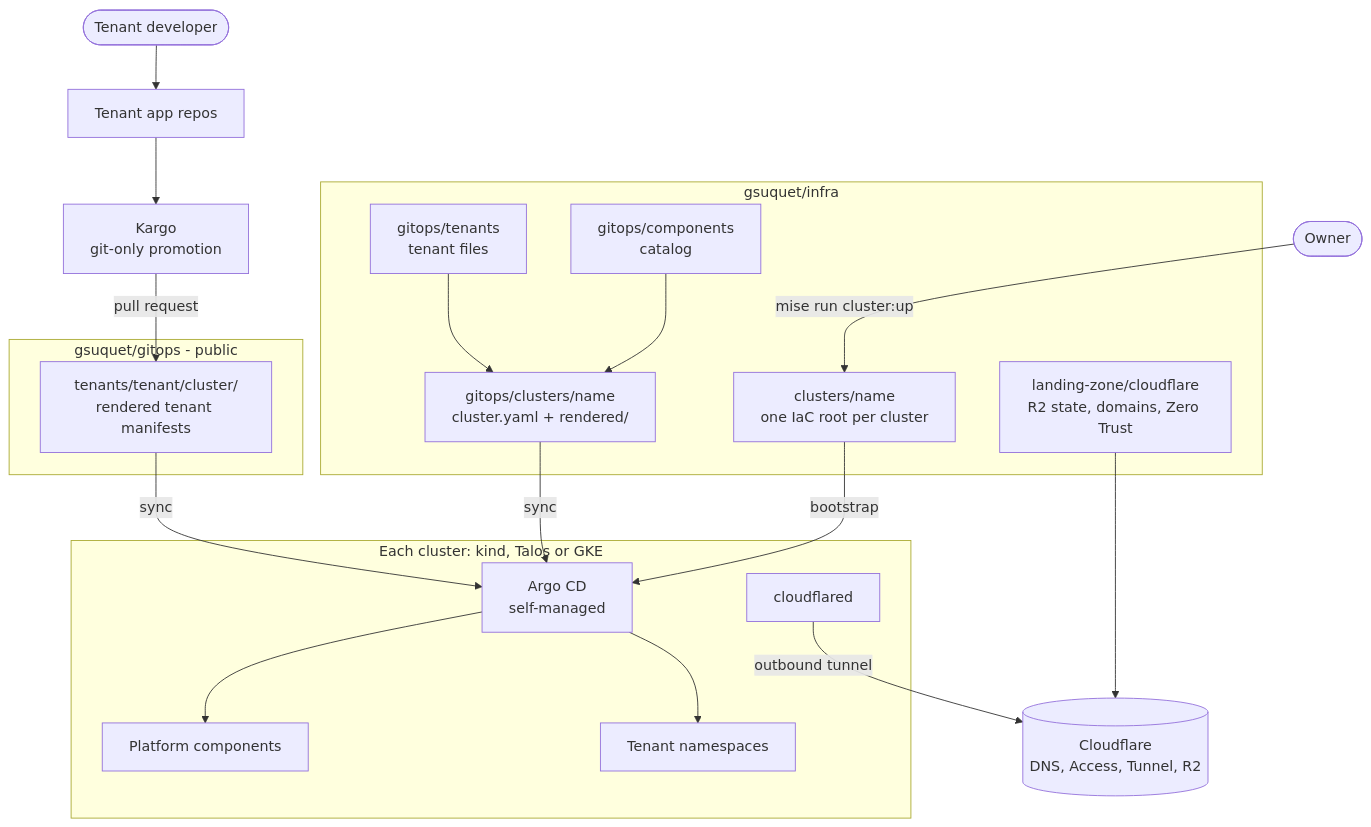
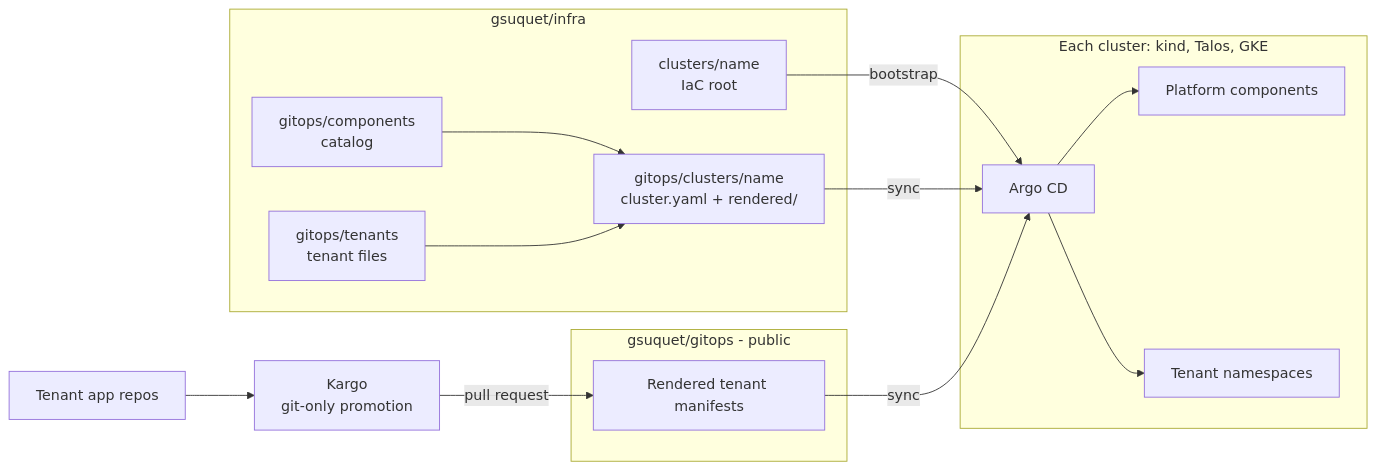
One commit to gsuquet/infra changed the first of 2 diagrams in docs/concepts/platform-overview.md. Above: the diagram before and after it, drawn with Mermaid. The commit also changed other lines of this file and 16 other files, not shown here.

````diff
--- a/docs/concepts/platform-overview.md
+++ b/docs/concepts/platform-overview.md
@@ -8,43 +10,29 @@
 ```mermaid
-flowchart TB
-    dev([Owner])
-    tenantdev([Tenant developer])
-
+flowchart LR
     subgraph infra[gsuquet/infra]
-        lz[landing-zone/cloudflare<br/>R2 state, domains, Zero Trust]
-        roots[clusters/name<br/>one IaC root per cluster]
+        roots[clusters/name<br/>IaC root]
         catalog[gitops/components<br/>catalog]
+        tenantfile[gitops/tenants<br/>tenant files]
         clusterfile[gitops/clusters/name<br/>cluster.yaml + rendered/]
-        tenantfile[gitops/tenants<br/>tenant files]
     end
 
     subgraph gitopsrepo[gsuquet/gitops - public]
-        tm[tenants/tenant/cluster/<br/>rendered tenant manifests]
+        tm[Rendered tenant manifests]
     end
 
-    appcode[Tenant app repos]
-    kargo[Kargo<br/>git-only promotion]
-
-    subgraph cluster[Each cluster: kind, Talos or GKE]
-        argo[Argo CD<br/>self-managed]
+    subgraph cluster[Each cluster: kind, Talos, GKE]
+        argo[Argo CD]
         platform[Platform components]
         tenantns[Tenant namespaces]
-        cfd[cloudflared]
     end
 
-    cf[(Cloudflare<br/>DNS, Access, Tunnel, R2)]
-
-    dev -->|mise run cluster:up| roots
+    appcode[Tenant app repos] --> kargo[Kargo<br/>git-only promotion]
+    kargo -->|pull request| tm
     roots -->|bootstrap| argo
     catalog --> clusterfile
     tenantfile --> clusterfile
     clusterfile -->|sync| argo
+    tm -->|sync| argo
     argo --> platform
     argo --> tenantns
-    appcode --> kargo
-    kargo -->|pull request| tm
-    tenantdev --> appcode
-    tm -->|sync| argo
-    lz --> cf
-    cfd -->|outbound tunnel| cf
 ```
````
